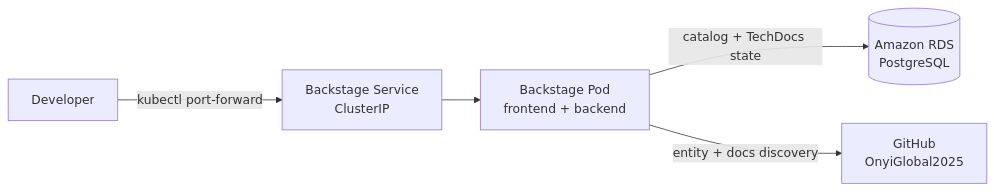
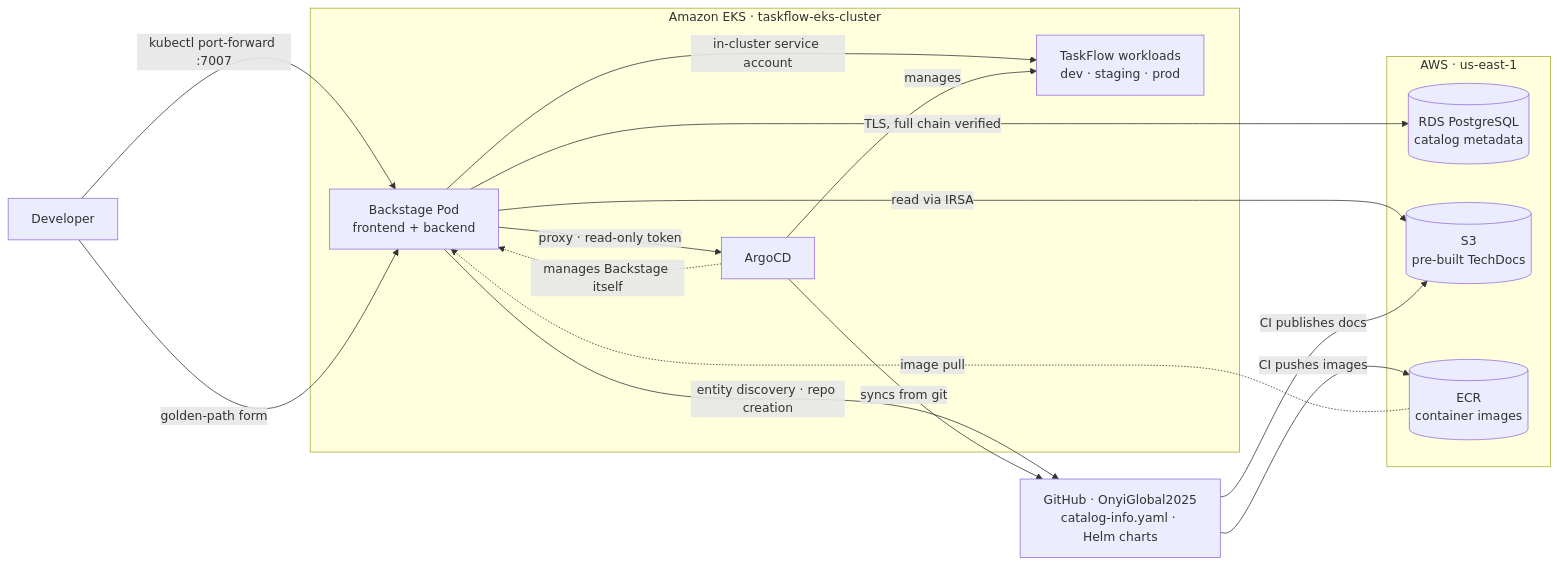
The diagram in docs/architecture.md (OnyiGlobal2025/taskflow-backstage), drawn with Mermaid before and after one commit. The commit also changed other lines of this file and 1 other file, not shown here.

Commit message:
docs: rewrite README and architecture for Phase 8 — GitOps delivery, plugins, screenshots

````diff
--- a/docs/architecture.md
+++ b/docs/architecture.md
@@ -13,7 +28,34 @@
 ```mermaid
 flowchart LR
-    dev[Developer] -->|kubectl port-forward| svc[Backstage Service<br/>ClusterIP]
-    svc --> pod[Backstage Pod<br/>frontend + backend]
-    pod -->|catalog + TechDocs state| rds[(Amazon RDS<br/>PostgreSQL)]
-    pod -->|entity + docs discovery| gh[GitHub<br/>OnyiGlobal2025]
+    dev[Developer]
+
+    subgraph eks["Amazon EKS · taskflow-eks-cluster"]
+        pod["Backstage Pod<br/>frontend + backend"]
+        argo["ArgoCD"]
+        wl["TaskFlow workloads<br/>dev · staging · prod"]
+    end
+
+    subgraph aws["AWS · us-east-1"]
+        rds[("RDS PostgreSQL<br/>catalog metadata")]
+        s3[("S3<br/>pre-built TechDocs")]
+        ecr[("ECR<br/>container images")]
+    end
+
+    gh["GitHub · OnyiGlobal2025<br/>catalog-info.yaml · Helm charts"]
+
+    dev -->|"kubectl port-forward :7007"| pod
+    dev -->|"golden-path form"| pod
+
+    pod -->|"TLS, full chain verified"| rds
+    pod -->|"read via IRSA"| s3
+    pod -->|"entity discovery · repo creation"| gh
+    pod -->|"proxy · read-only token"| argo
+    pod -->|"in-cluster service account"| wl
+
+    gh -->|"CI publishes docs"| s3
+    gh -->|"CI pushes images"| ecr
+    argo -->|"syncs from git"| gh
+    argo -->|"manages"| wl
+    argo -.->|"manages Backstage itself"| pod
+    ecr -.->|"image pull"| pod
 ```
````
